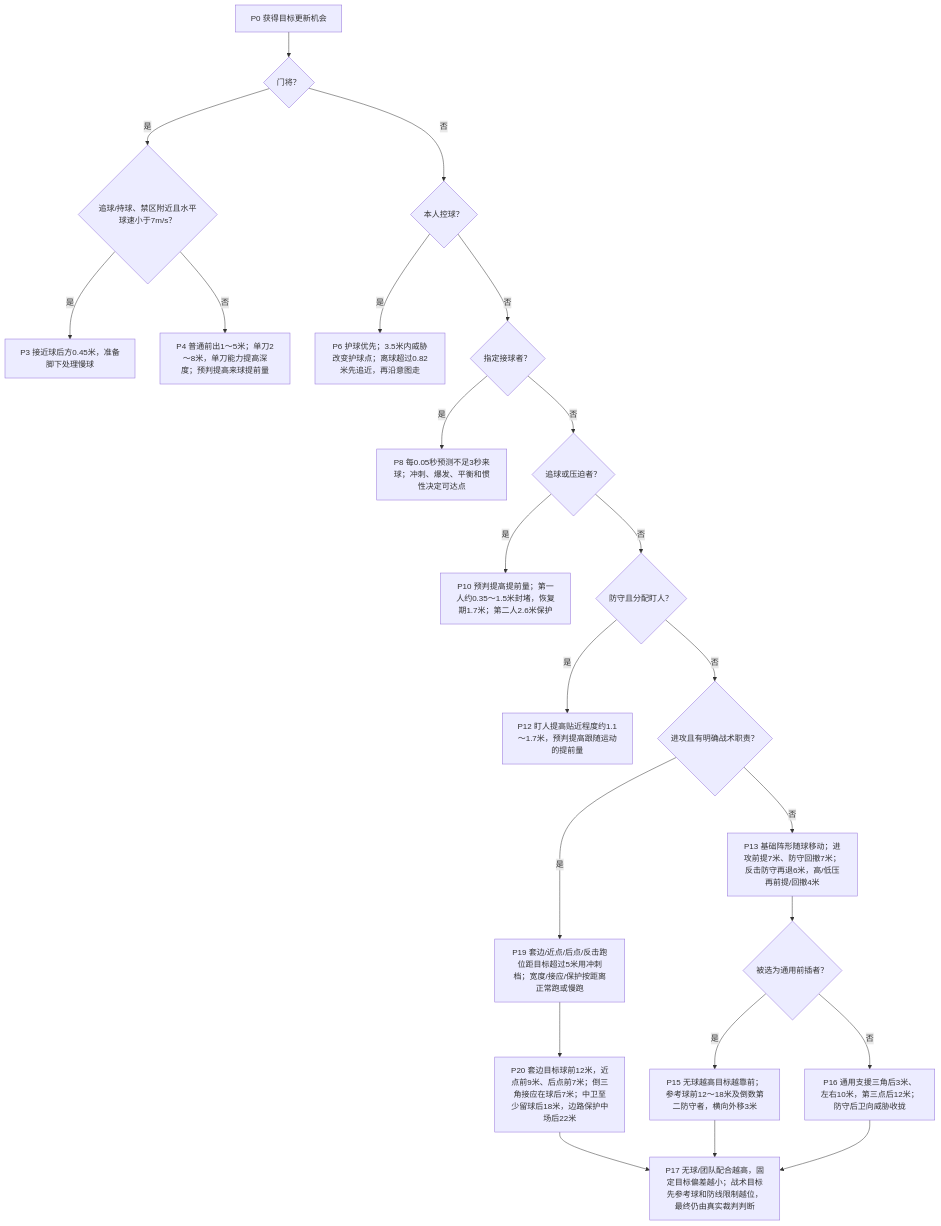
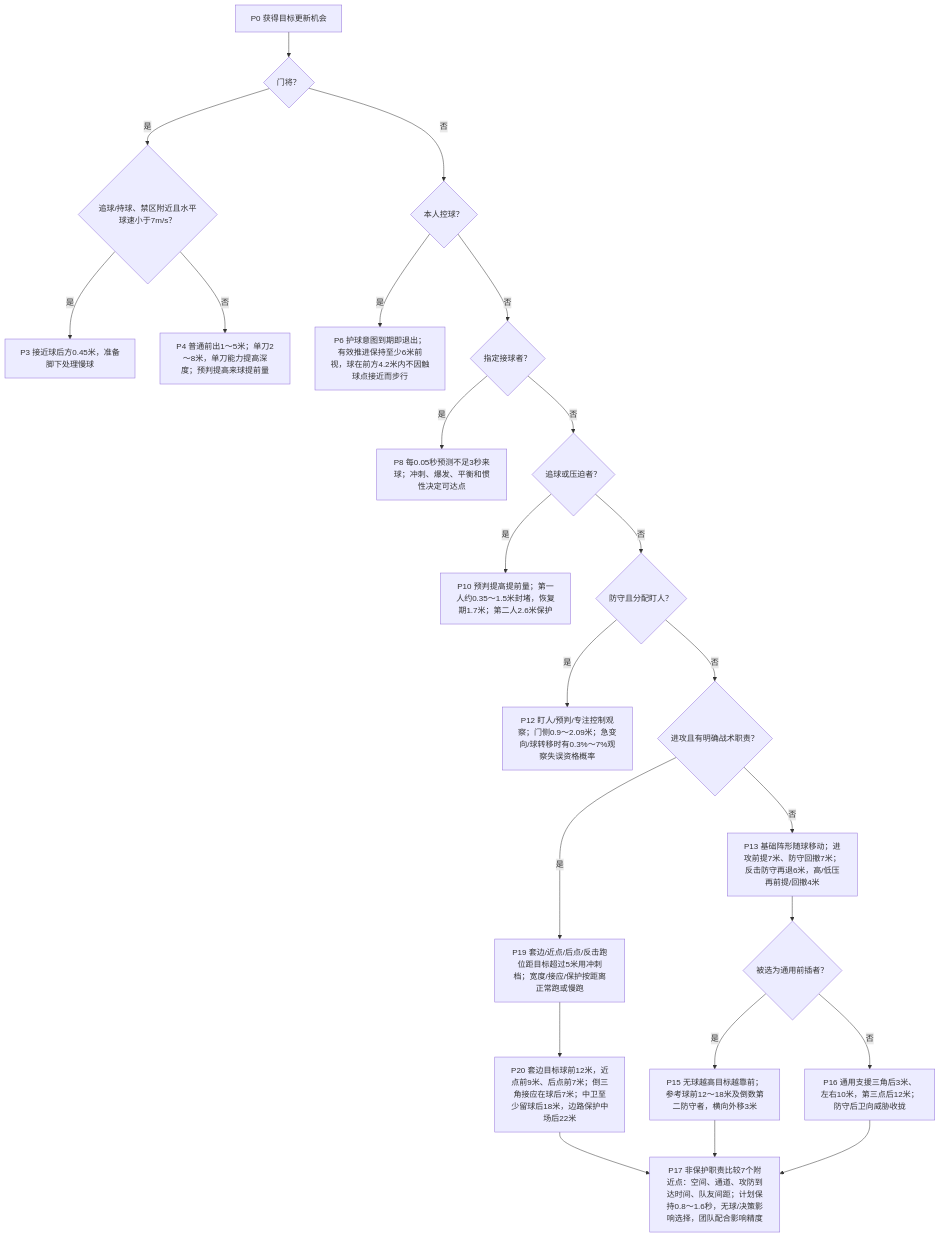
Before and after one commit to sixu3575/touchline-manager: the third of 7 diagrams in packages/shared/modules/matches/design/PLAYER_DECISION_MAP.md, drawn with Mermaid. The commit also changed other lines of this file and 34 other files, not shown here.

````diff
--- a/packages/shared/modules/matches/design/PLAYER_DECISION_MAP.md
+++ b/packages/shared/modules/matches/design/PLAYER_DECISION_MAP.md
@@ -121,25 +121,25 @@
 ```mermaid
 flowchart TD
   P0["P0 获得目标更新机会"] --> P1{"门将？"}
   P1 -->|是| P2{"追球/持球、禁区附近且水平球速小于7m/s？"}
   P2 -->|是| P3["P3 接近球后方0.45米，准备脚下处理慢球"]
   P2 -->|否| P4["P4 普通前出1～5米；单刀2～8米，单刀能力提高深度；预判提高来球提前量"]
   P1 -->|否| P5{"本人控球？"}
-  P5 -->|是| P6["P6 护球优先；3.5米内威胁改变护球点；离球超过0.82米先追近，再沿意图走"]
+  P5 -->|是| P6["P6 护球意图到期即退出；有效推进保持至少6米前视，球在前方4.2米内不因触球点接近而步行"]
   P5 -->|否| P7{"指定接球者？"}
   P7 -->|是| P8["P8 每0.05秒预测不足3秒来球；冲刺、爆发、平衡和惯性决定可达点"]
   P7 -->|否| P9{"追球或压迫者？"}
   P9 -->|是| P10["P10 预判提高提前量；第一人约0.35～1.5米封堵，恢复期1.7米；第二人2.6米保护"]
   P9 -->|否| P11{"防守且分配盯人？"}
-  P11 -->|是| P12["P12 盯人提高贴近程度约1.1～1.7米，预判提高跟随运动的提前量"]
+  P11 -->|是| P12["P12 盯人/预判/专注控制观察；门侧0.9～2.09米；急变向/球转移时有0.3%～7%观察失误资格概率"]
   P11 -->|否| P18{"进攻且有明确战术职责？"}
   P18 -->|是| P19["P19 套边/近点/后点/反击跑位距目标超过5米用冲刺档；宽度/接应/保护按距离正常跑或慢跑"]
   P19 --> P20["P20 套边目标球前12米，近点前9米、后点前7米；倒三角接应在球后7米；中卫至少留球后18米，边路保护中场后22米"]
-  P20 --> P17["P17 无球/团队配合越高，固定目标偏差越小；战术目标先参考球和防线限制越位，最终仍由真实裁判判断"]
+  P20 --> P17["P17 非保护职责比较7个附近点：空间、通道、攻防到达时间、队友间距；计划保持0.8～1.6秒，无球/决策影响选择，团队配合影响精度"]
   P18 -->|否| P13["P13 基础阵形随球移动；进攻前提7米、防守回撤7米；反击防守再退6米，高/低压再前提/回撤4米"]
   P13 --> P14{"被选为通用前插者？"}
   P14 -->|是| P15["P15 无球越高目标越靠前；参考球前12～18米及倒数第二防守者，横向外移3米"]
   P14 -->|否| P16["P16 通用支援三角后3米、左右10米，第三点后12米；防守后卫向威胁收拢"]
   P15 --> P17
   P16 --> P17
 ```
````
